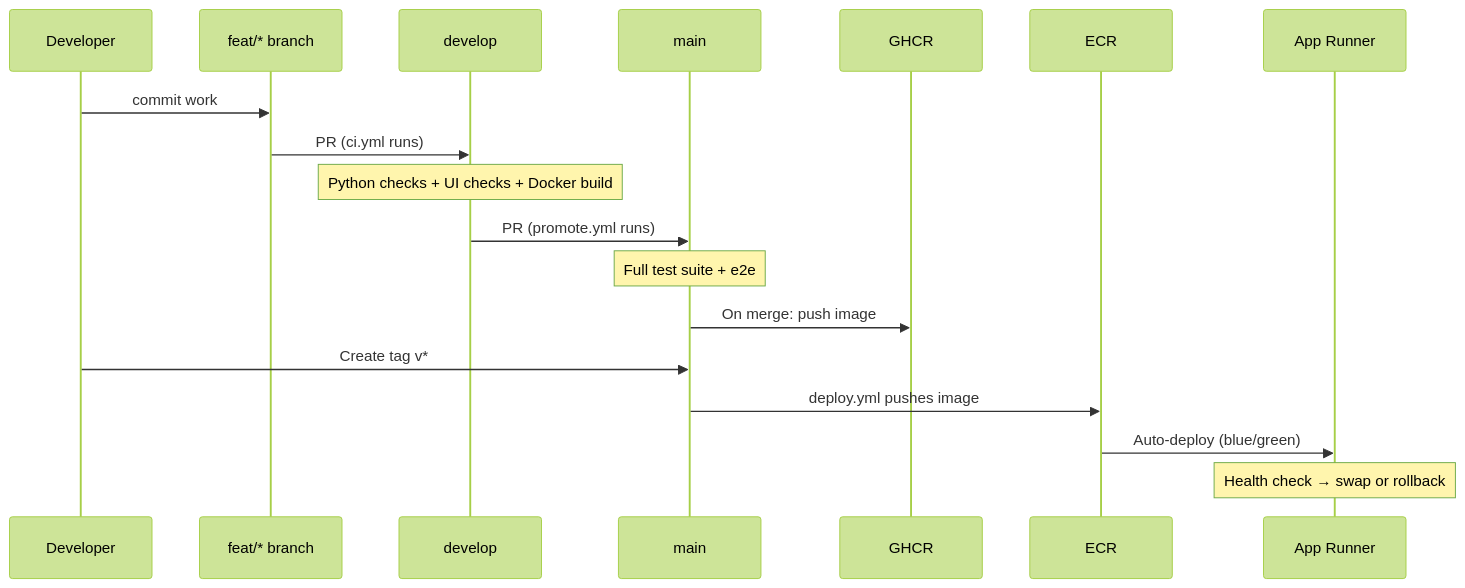
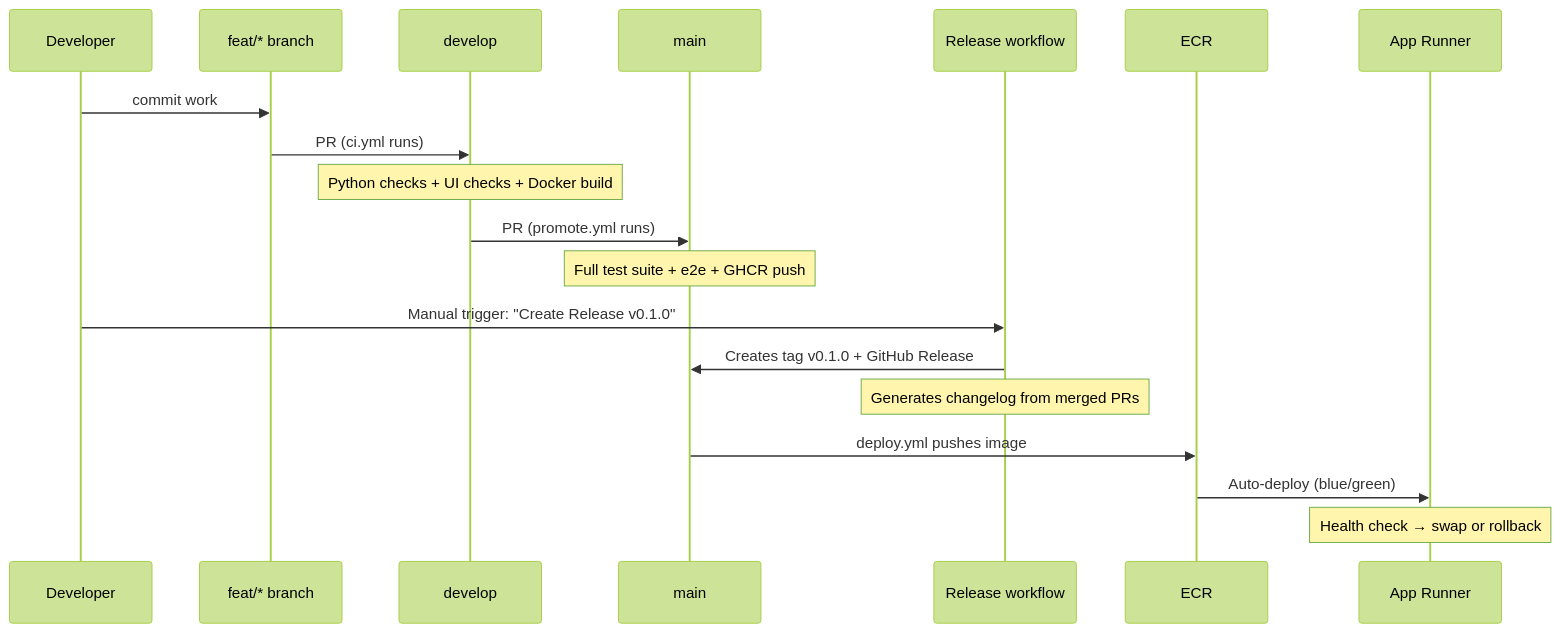
The second of 5 diagrams in .github/README.md (ricardogr07/shelter-pulse), drawn with Mermaid (forest theme) before and after one commit. The commit also changed other lines of this file and 2 other files, not shown here.

First line of the commit message:
ci: add release + deploy workflows

````diff
--- a/.github/README.md
+++ b/.github/README.md
@@ -25,21 +25,22 @@
 ```mermaid
 sequenceDiagram
     participant Dev as Developer
     participant F as feat/* branch
     participant D as develop
     participant M as main
-    participant GHCR as GHCR
+    participant R as Release workflow
     participant ECR as ECR
     participant AR as App Runner
 
     Dev->>F: commit work
     F->>D: PR (ci.yml runs)
     Note over D: Python checks + UI checks + Docker build
     D->>M: PR (promote.yml runs)
-    Note over M: Full test suite + e2e
-    M->>GHCR: On merge: push image
-    Dev->>M: Create tag v*
+    Note over M: Full test suite + e2e + GHCR push
+    Dev->>R: Manual trigger: "Create Release v0.1.0"
+    R->>M: Creates tag v0.1.0 + GitHub Release
+    Note over R: Generates changelog from merged PRs
     M->>ECR: deploy.yml pushes image
     ECR->>AR: Auto-deploy (blue/green)
     Note over AR: Health check → swap or rollback
 ```
````
